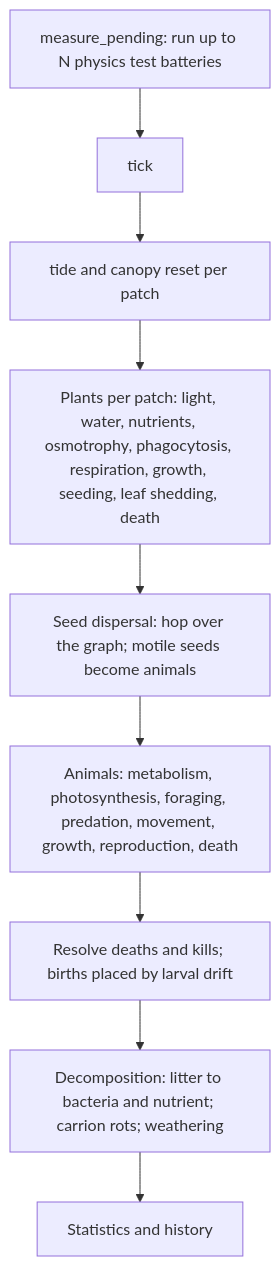
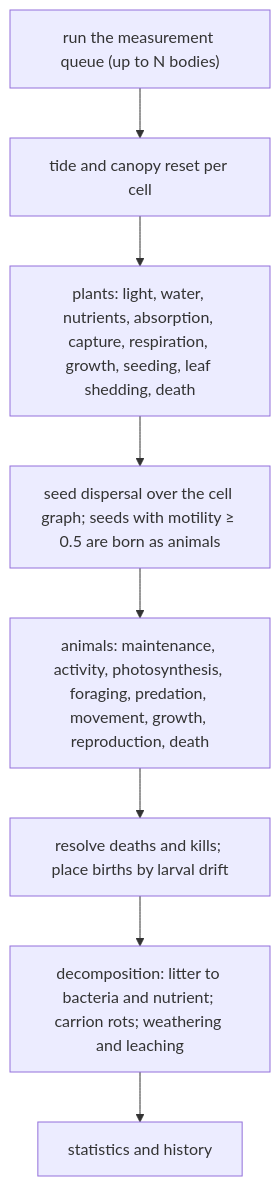
Before and after one commit to Tubbles/evo-planet: the second of 5 diagrams in docs/SPEC.md, drawn with Mermaid. The commit also changed other lines of this file and 13 other files, not shown here.

````diff
--- a/docs/SPEC.md
+++ b/docs/SPEC.md
@@ -265,11 +329,10 @@
 ```mermaid
 flowchart TD
-  A[measure_pending: run up to N physics test batteries] --> B[tick]
-  B --> C[tide and canopy reset per patch]
-  C --> D[Plants per patch: light, water, nutrients, osmotrophy, phagocytosis, respiration, growth, seeding, leaf shedding, death]
-  D --> E[Seed dispersal: hop over the graph; motile seeds become animals]
-  E --> F[Animals: metabolism, photosynthesis, foraging, predation, movement, growth, reproduction, death]
-  F --> G[Resolve deaths and kills; births placed by larval drift]
-  G --> H[Decomposition: litter to bacteria and nutrient; carrion rots; weathering]
-  H --> I[Statistics and history]
+  A["run the measurement queue (up to N bodies)"] --> B["tide and canopy reset per cell"]
+  B --> C["plants: light, water, nutrients, absorption, capture, respiration, growth, seeding, leaf shedding, death"]
+  C --> D["seed dispersal over the cell graph; seeds with motility ≥ 0.5 are born as animals"]
+  D --> E["animals: maintenance, activity, photosynthesis, foraging, predation, movement, growth, reproduction, death"]
+  E --> F["resolve deaths and kills; place births by larval drift"]
+  F --> G["decomposition: litter to bacteria and nutrient; carrion rots; weathering and leaching"]
+  G --> H["statistics and history"]
 ```
````
